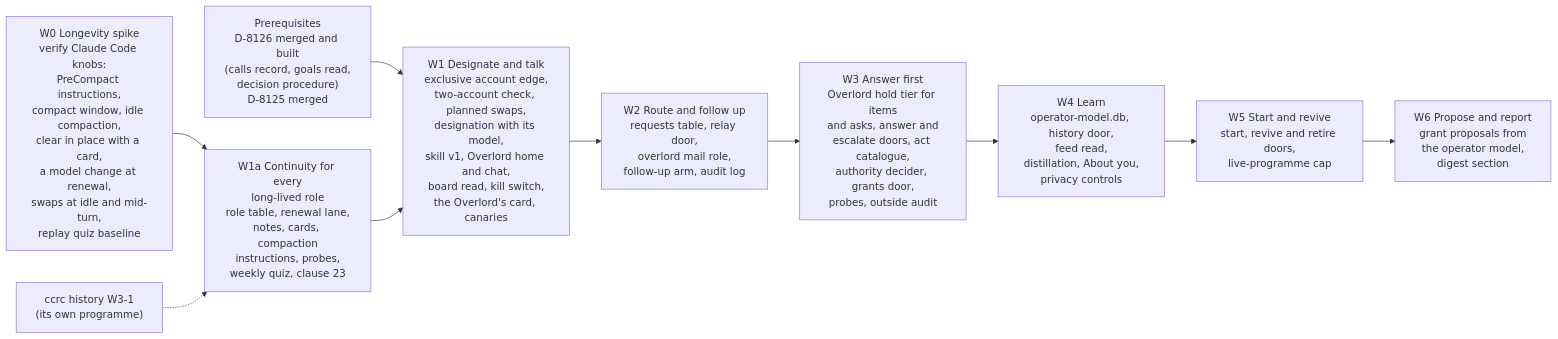
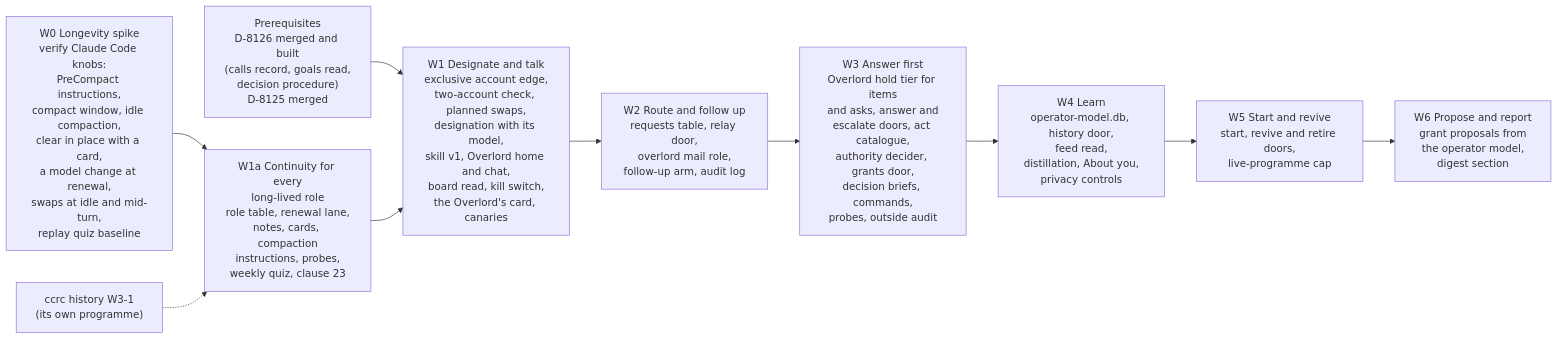
Before and after one commit to Synapsium-Labs/ccrc-pwa: the eighth of 8 diagrams in docs/superpowers/specs/2026-11-09-overlord-design.md, drawn with Mermaid. The commit also changed other lines of this file, not shown here.

First line of the commit message:
docs(spec): the Overlord as colleague, advisor and majordomo (R15)

````diff
--- a/docs/superpowers/specs/2026-11-09-overlord-design.md
+++ b/docs/superpowers/specs/2026-11-09-overlord-design.md
@@ -1506,13 +1578,13 @@
 ```mermaid
 flowchart LR
   P0["Prerequisites<br/>D-8126 merged and built<br/>(calls record, goals read,<br/>decision procedure)<br/>D-8125 merged"] --> W1
   W0["W0 Longevity spike<br/>verify Claude Code knobs:<br/>PreCompact instructions,<br/>compact window, idle compaction,<br/>clear in place with a card,<br/>a model change at renewal,<br/>swaps at idle and mid-turn,<br/>replay quiz baseline"] --> W1A
   H3["ccrc history W3-1<br/>(its own programme)"] -.-> W1A
   W1A["W1a Continuity for every<br/>long-lived role<br/>role table, renewal lane,<br/>notes, cards, compaction<br/>instructions, probes,<br/>weekly quiz, clause 23"] --> W1
   W1["W1 Designate and talk<br/>exclusive account edge,<br/>two-account check, planned swaps,<br/>designation with its model,<br/>skill v1, Overlord home and chat,<br/>board read, kill switch,<br/>the Overlord's card, canaries"] --> W2
   W2["W2 Route and follow up<br/>requests table, relay door,<br/>overlord mail role,<br/>follow-up arm, audit log"] --> W3
-  W3["W3 Answer first<br/>Overlord hold tier for items<br/>and asks, answer and<br/>escalate doors, act catalogue,<br/>authority decider, grants door,<br/>probes, outside audit"] --> W4
+  W3["W3 Answer first<br/>Overlord hold tier for items<br/>and asks, answer and<br/>escalate doors, act catalogue,<br/>authority decider, grants door,<br/>decision briefs, commands,<br/>probes, outside audit"] --> W4
   W4["W4 Learn<br/>operator-model.db, history door,<br/>feed read,<br/>distillation, About you,<br/>privacy controls"] --> W5
   W5["W5 Start and revive<br/>start, revive and retire doors,<br/>live-programme cap"] --> W6
   W6["W6 Propose and report<br/>grant proposals from<br/>the operator model,<br/>digest section"]
 ```
````
